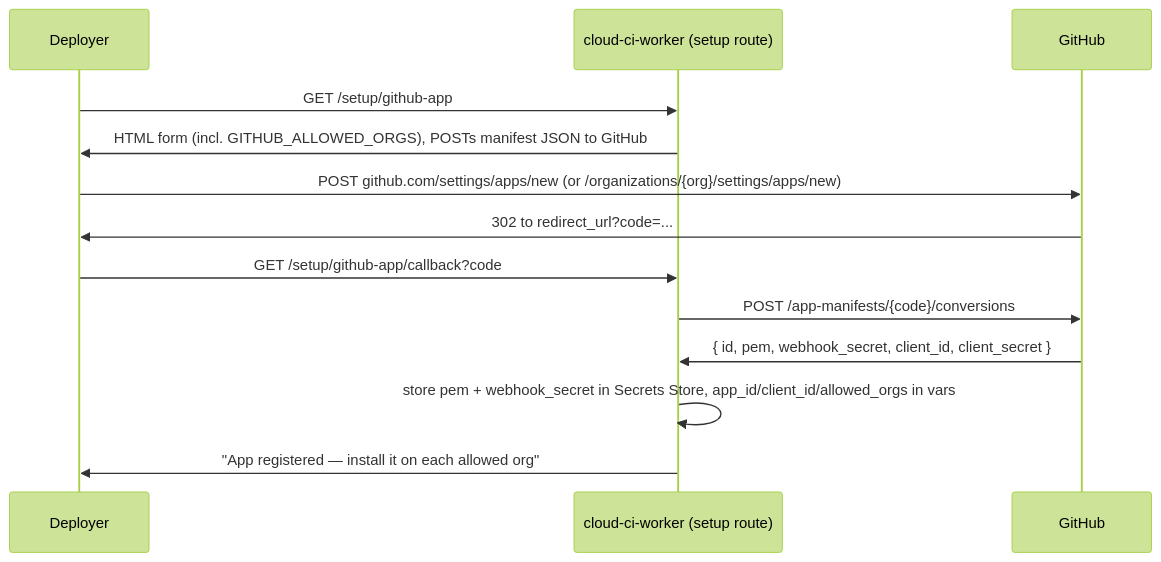
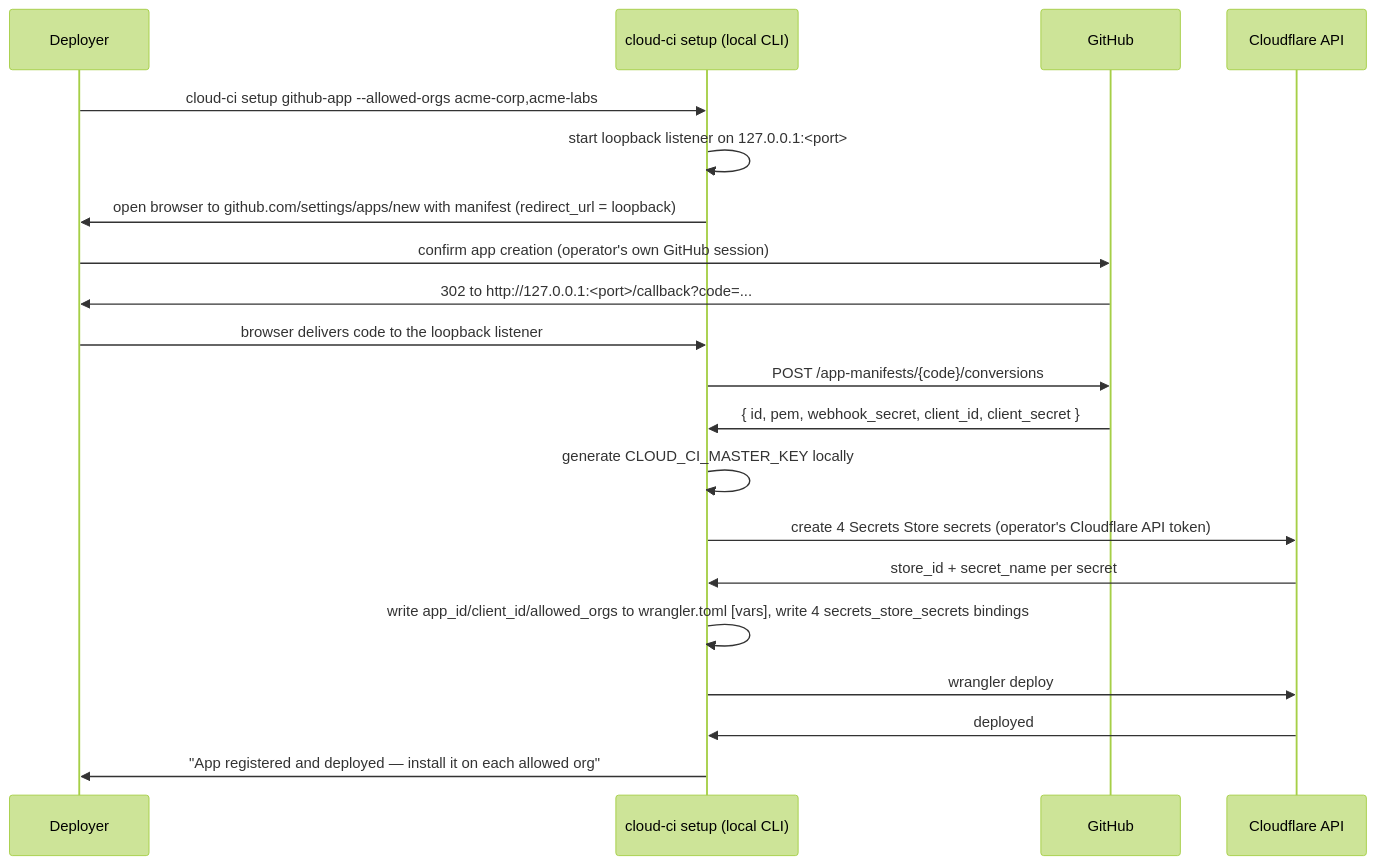
The second of 2 diagrams in docs/design/auth.md (btkostner/cloud-ci), drawn with Mermaid (forest theme) before and after one commit. The commit also changed other lines of this file and 8 other files, not shown here.

````diff
--- a/docs/design/auth.md
+++ b/docs/design/auth.md
@@ -347,16 +372,23 @@
 ```mermaid
 sequenceDiagram
     participant Op as Deployer
-    participant W as cloud-ci-worker (setup route)
+    participant T as cloud-ci setup (local CLI)
     participant GH as GitHub
+    participant CF as Cloudflare API
 
-    Op->>W: GET /setup/github-app
-    W->>Op: HTML form (incl. GITHUB_ALLOWED_ORGS), POSTs manifest JSON to GitHub
-    Op->>GH: POST github.com/settings/apps/new (or /organizations/{org}/settings/apps/new)
-    GH->>Op: 302 to redirect_url?code=...
-    Op->>W: GET /setup/github-app/callback?code
-    W->>GH: POST /app-manifests/{code}/conversions
-    GH->>W: { id, pem, webhook_secret, client_id, client_secret }
-    W->>W: store pem + webhook_secret in Secrets Store, app_id/client_id/allowed_orgs in vars
-    W->>Op: "App registered — install it on each allowed org"
+    Op->>T: cloud-ci setup github-app --allowed-orgs acme-corp,acme-labs
+    T->>T: start loopback listener on 127.0.0.1:<port>
+    T->>Op: open browser to github.com/settings/apps/new with manifest (redirect_url = loopback)
+    Op->>GH: confirm app creation (operator's own GitHub session)
+    GH->>Op: 302 to http://127.0.0.1:<port>/callback?code=...
+    Op->>T: browser delivers code to the loopback listener
+    T->>GH: POST /app-manifests/{code}/conversions
+    GH->>T: { id, pem, webhook_secret, client_id, client_secret }
+    T->>T: generate CLOUD_CI_MASTER_KEY locally
+    T->>CF: create 4 Secrets Store secrets (operator's Cloudflare API token)
+    CF->>T: store_id + secret_name per secret
+    T->>T: write app_id/client_id/allowed_orgs to wrangler.toml [vars], write 4 secrets_store_secrets bindings
+    T->>CF: wrangler deploy
+    CF->>T: deployed
+    T->>Op: "App registered and deployed — install it on each allowed org"
 ```
````
